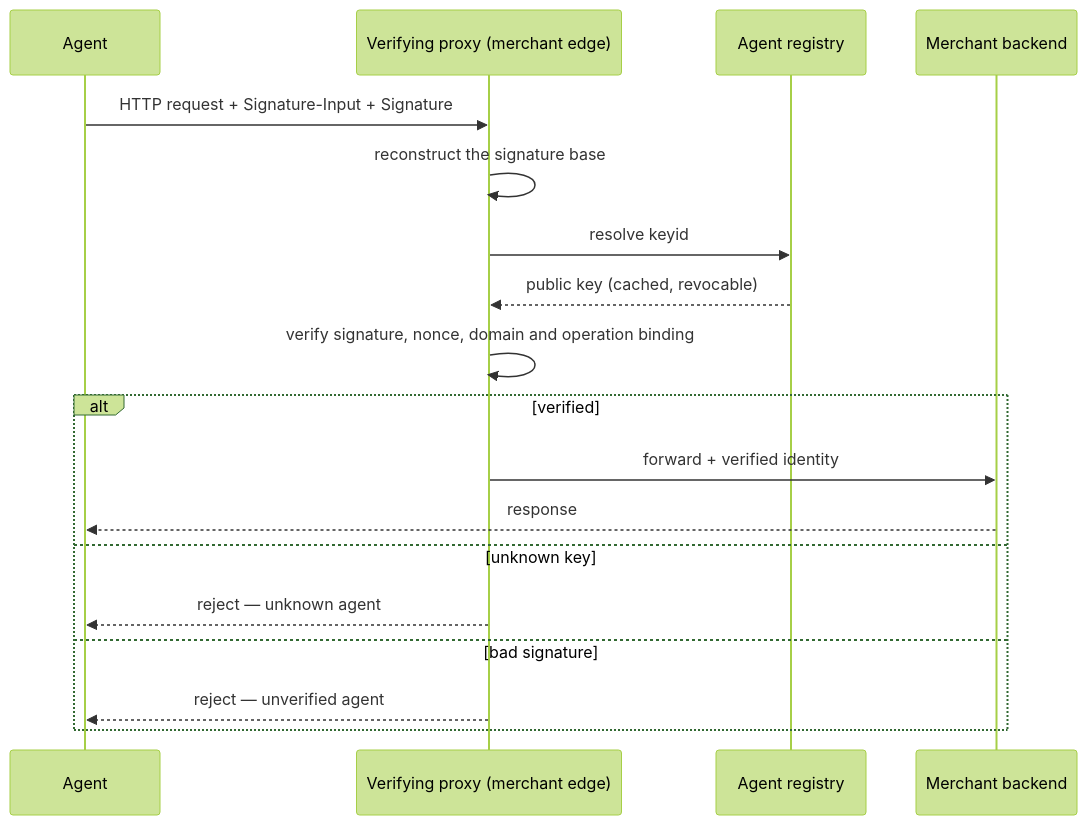
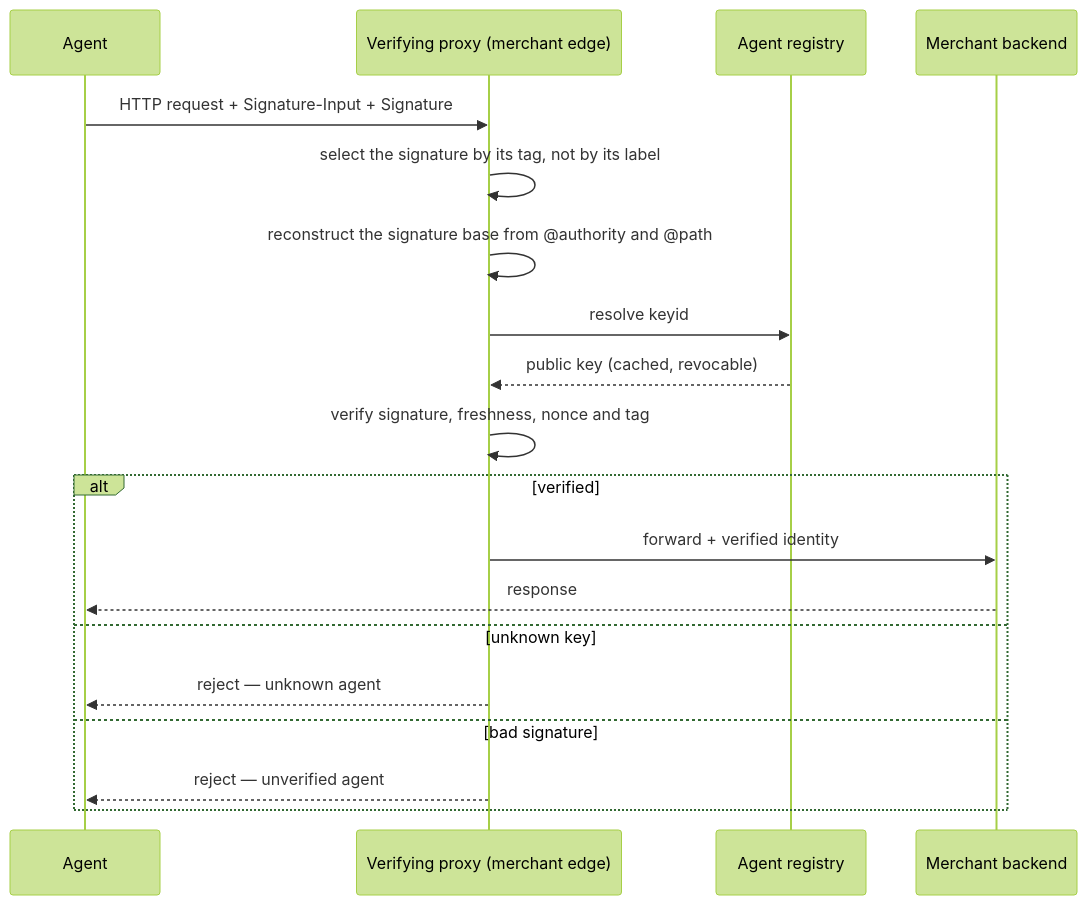
Before and after one commit to SkylinePlatform/agentic-payments: the first of 3 diagrams in docs/protocols/tap.md, drawn with Mermaid (forest theme). The commit also changed other lines of this file and 2 other files, not shown here.

````diff
--- a/docs/protocols/tap.md
+++ b/docs/protocols/tap.md
@@ -74,20 +103,21 @@
 ```mermaid
 sequenceDiagram
     participant A as Agent
     participant P as Verifying proxy (merchant edge)
     participant R as Agent registry
     participant M as Merchant backend
     A->>P: HTTP request + Signature-Input + Signature
-    P->>P: reconstruct the signature base
+    P->>P: select the signature by its tag, not by its label
+    P->>P: reconstruct the signature base from @authority and @path
     P->>R: resolve keyid
     R-->>P: public key (cached, revocable)
-    P->>P: verify signature, nonce, domain and operation binding
+    P->>P: verify signature, freshness, nonce and tag
     alt verified
         P->>M: forward + verified identity
         M-->>A: response
     else unknown key
         P-->>A: reject — unknown agent
     else bad signature
         P-->>A: reject — unverified agent
     end
 ```
````
